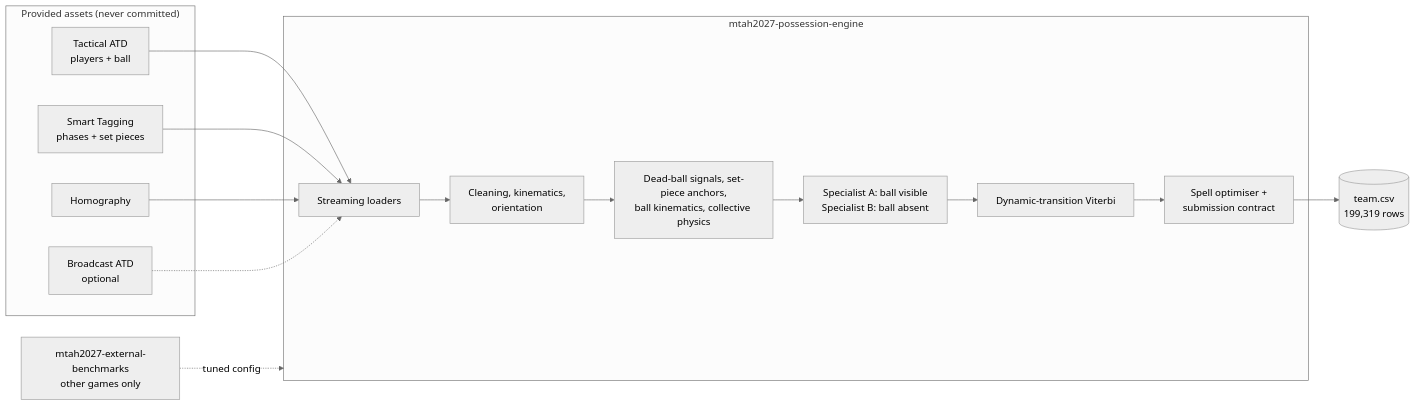
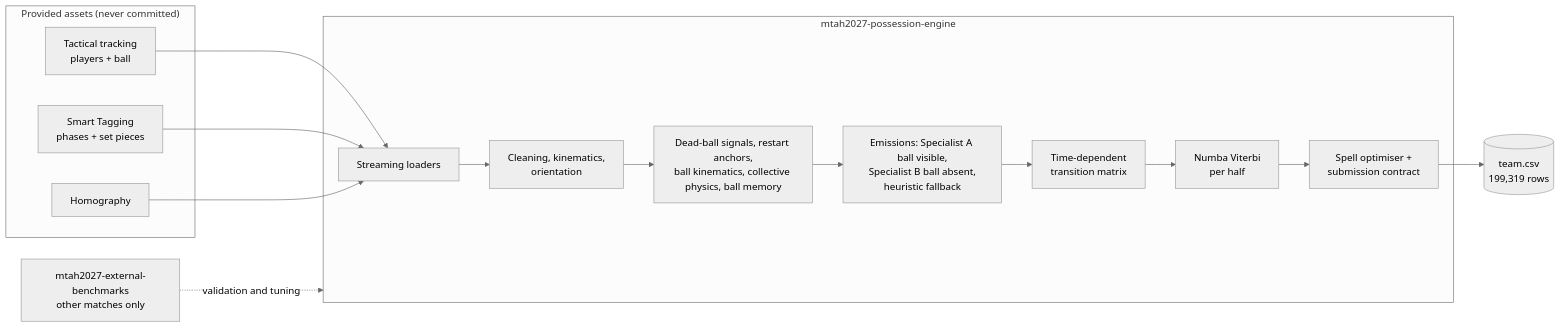
The diagram in profile/README.md (Opus-Operandi-FC-Barcelona/.github), drawn with Mermaid (neutral theme) before and after one commit. The commit also changed other lines of this file, not shown here.

````diff
--- a/profile/README.md
+++ b/profile/README.md
@@ -12,22 +25,21 @@
 ```mermaid
 flowchart LR
     subgraph Inputs["Provided assets (never committed)"]
-        ATD[Tactical ATD<br/>players + ball]
+        ATD[Tactical tracking<br/>players + ball]
         ST[Smart Tagging<br/>phases + set pieces]
         HG[Homography]
-        BC[Broadcast ATD<br/>optional]
     end
     subgraph Engine["mtah2027-possession-engine"]
         IO[Streaming loaders] --> PRE[Cleaning, kinematics,<br/>orientation]
-        PRE --> FEAT[Dead-ball signals, set-piece anchors,<br/>ball kinematics, collective physics]
-        FEAT --> MOD[Specialist A: ball visible<br/>Specialist B: ball absent]
-        MOD --> DEC[Dynamic-transition Viterbi]
+        PRE --> FEAT[Dead-ball signals, restart anchors,<br/>ball kinematics, collective physics, ball memory]
+        FEAT --> MOD[Emissions: Specialist A ball visible,<br/>Specialist B ball absent,<br/>heuristic fallback]
+        MOD --> TR[Time-dependent<br/>transition matrix]
+        TR --> DEC[Numba Viterbi<br/>per half]
         DEC --> POST[Spell optimiser +<br/>submission contract]
     end
     ATD --> IO
     ST --> IO
     HG --> IO
-    BC -.-> IO
     POST --> CSV[(team.csv<br/>199,319 rows)]
-    BENCH[mtah2027-external-benchmarks<br/>other games only] -. tuned config .-> Engine
+    BENCH[mtah2027-external-benchmarks<br/>other matches only] -. validation and tuning .-> Engine
 ```
````
